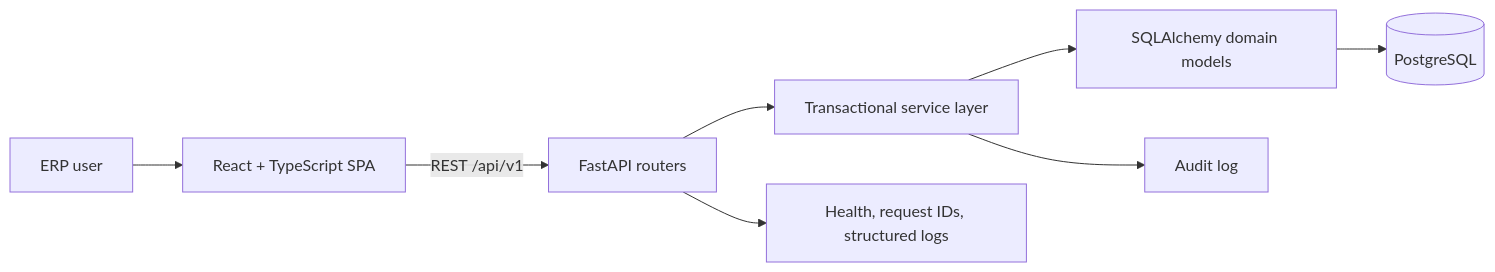
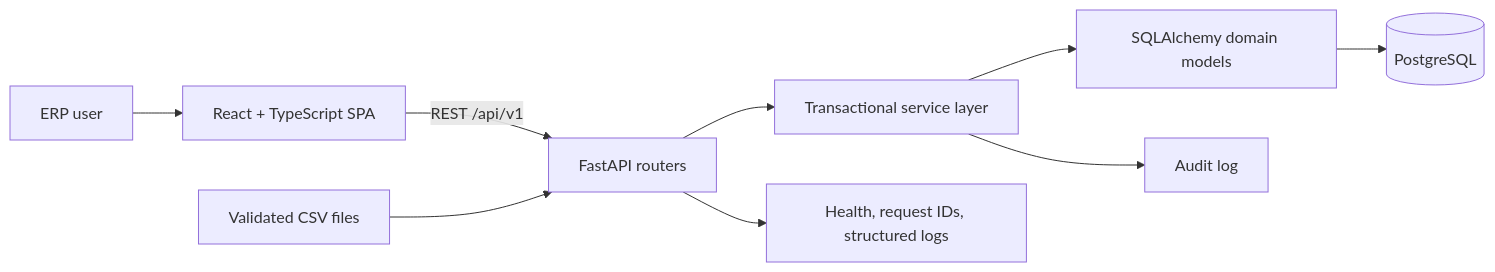
The diagram in docs/architecture.md (madara66613/opsforge-erp), drawn with Mermaid before and after one commit. The commit also changed other lines of this file and 34 other files, not shown here.

````diff
--- a/docs/architecture.md
+++ b/docs/architecture.md
@@ -5,10 +5,11 @@
 ```mermaid
 flowchart LR
     U["ERP user"] --> F["React + TypeScript SPA"]
     F -->|"REST /api/v1"| A["FastAPI routers"]
+    C["Validated CSV files"] --> A
     A --> S["Transactional service layer"]
     S --> M["SQLAlchemy domain models"]
     M --> P[("PostgreSQL")]
     A --> O["Health, request IDs, structured logs"]
     S --> L["Audit log"]
 ```
````
